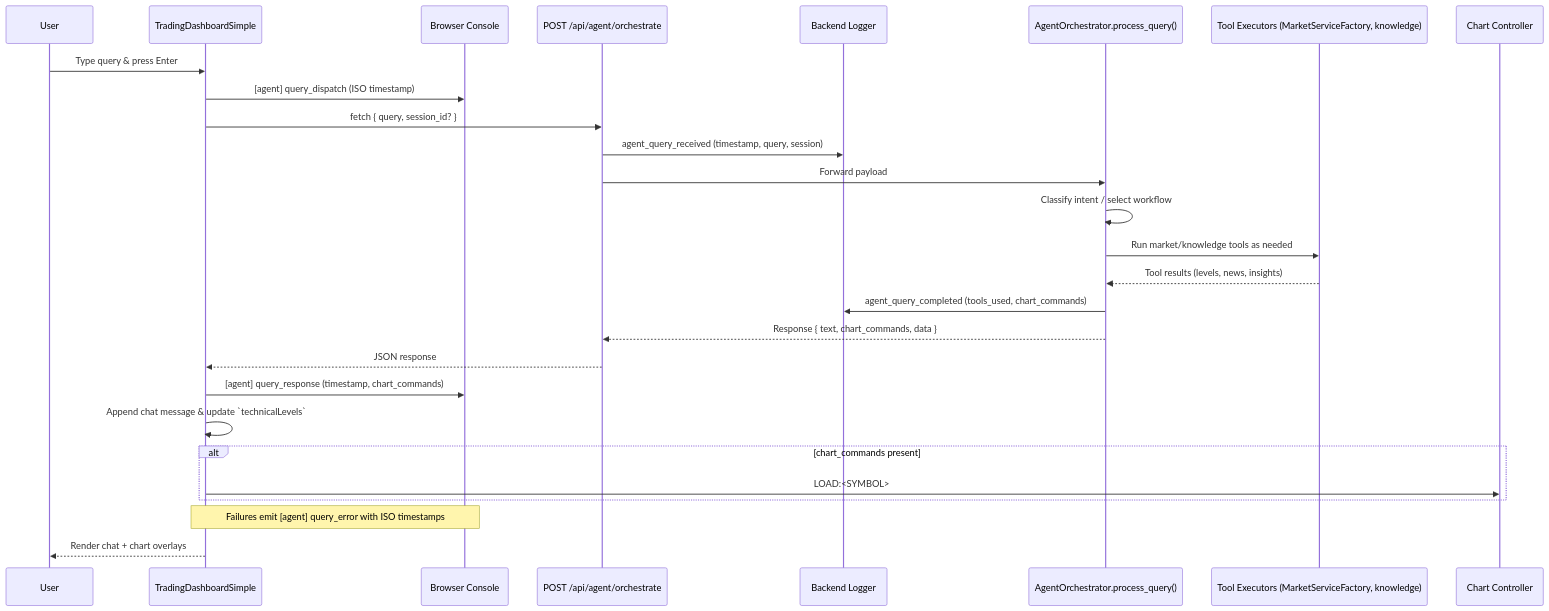
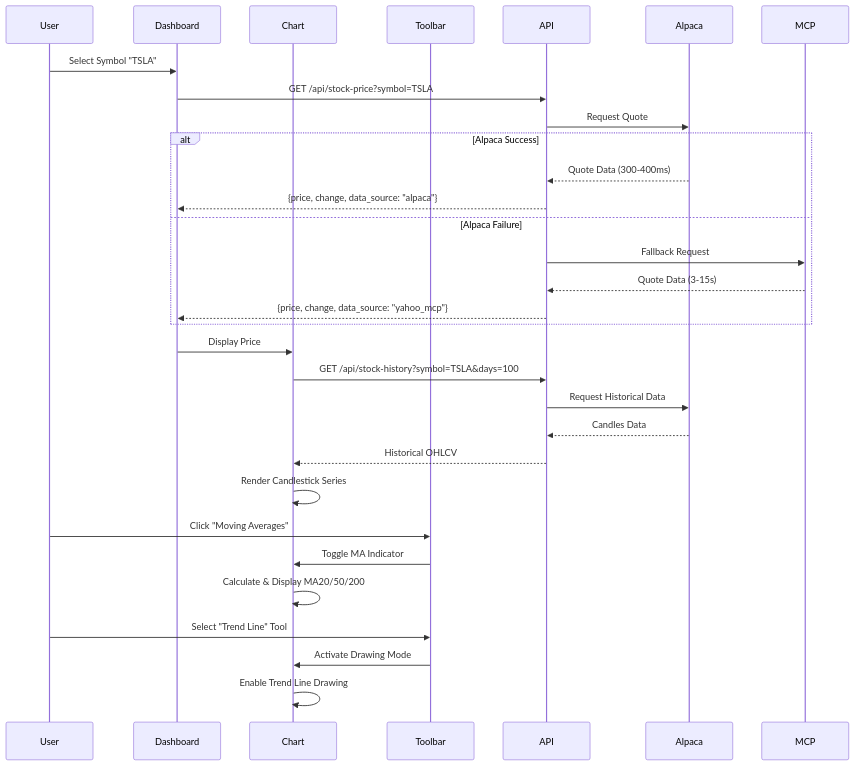
The fourth of 4 diagrams in mermaid.md (ChipsMetaverse/gvses-market-insights), drawn with Mermaid before and after one commit. The commit also changed other lines of this file and 173 other files, not shown here.

````diff
--- a/mermaid.md
+++ b/mermaid.md
@@ -147,30 +126,38 @@
 ```mermaid
 sequenceDiagram
     participant User
-    participant Dashboard as TradingDashboardSimple
-    participant Console as Browser Console
-    participant AgentAPI as POST /api/agent/orchestrate
-    participant BackendLog as Backend Logger
-    participant Orchestrator as AgentOrchestrator.process_query()
-    participant Tools as Tool Executors (MarketServiceFactory, knowledge)
-    participant Chart as Chart Controller
+    participant Dashboard
+    participant Chart
+    participant Toolbar
+    participant API
+    participant Alpaca
+    participant MCP
 
-    User->>Dashboard: Type query & press Enter
-    Dashboard->>Console: [agent] query_dispatch (ISO timestamp)
-    Dashboard->>AgentAPI: fetch { query, session_id? }
-    AgentAPI->>BackendLog: agent_query_received (timestamp, query, session)
-    AgentAPI->>Orchestrator: Forward payload
-    Orchestrator->>Orchestrator: Classify intent / select workflow
-    Orchestrator->>Tools: Run market/knowledge tools as needed
-    Tools-->>Orchestrator: Tool results (levels, news, insights)
-    Orchestrator->>BackendLog: agent_query_completed (tools_used, chart_commands)
-    Orchestrator-->>AgentAPI: Response { text, chart_commands, data }
-    AgentAPI-->>Dashboard: JSON response
-    Dashboard->>Console: [agent] query_response (timestamp, chart_commands)
-    Dashboard->>Dashboard: Append chat message & update `technicalLevels`
-    alt chart_commands present
-        Dashboard->>Chart: LOAD:<SYMBOL>
+    User->>Dashboard: Select Symbol "TSLA"
+    Dashboard->>API: GET /api/stock-price?symbol=TSLA
+    API->>Alpaca: Request Quote
+
+    alt Alpaca Success
+        Alpaca-->>API: Quote Data (300-400ms)
+        API-->>Dashboard: {price, change, data_source: "alpaca"}
+    else Alpaca Failure
+        API->>MCP: Fallback Request
+        MCP-->>API: Quote Data (3-15s)
+        API-->>Dashboard: {price, change, data_source: "yahoo_mcp"}
     end
-    Note over Dashboard,Console: Failures emit [agent] query_error with ISO timestamps
-    Dashboard-->>User: Render chat + chart overlays
+
+    Dashboard->>Chart: Display Price
+    Chart->>API: GET /api/stock-history?symbol=TSLA&days=100
+    API->>Alpaca: Request Historical Data
+    Alpaca-->>API: Candles Data
+    API-->>Chart: Historical OHLCV
+
+    Chart->>Chart: Render Candlestick Series
+    User->>Toolbar: Click "Moving Averages"
+    Toolbar->>Chart: Toggle MA Indicator
+    Chart->>Chart: Calculate & Display MA20/50/200
+
+    User->>Toolbar: Select "Trend Line" Tool
+    Toolbar->>Chart: Activate Drawing Mode
+    Chart->>Chart: Enable Trend Line Drawing
 ```
````
